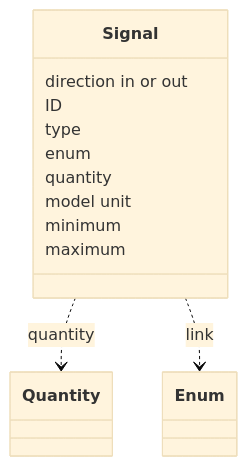
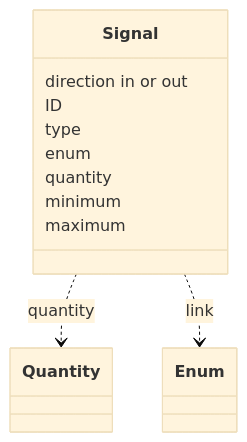
The first of 3 diagrams in metadata/04-signals.md (AlexandreGallais/synoptic-studio-spec), drawn with Mermaid (base theme) before and after one commit. The commit also changed other lines of this file and 12 other files, not shown here.

````diff
--- a/metadata/04-signals.md
+++ b/metadata/04-signals.md
@@ -36,17 +36,16 @@
 ```mermaid
 classDiagram
     class Signal {
         direction in or out
         ID
         type
         enum
         quantity
-        model unit
         minimum
         maximum
     }
     class Quantity
     class Enum
     Signal ..> Quantity : quantity
     Signal ..> Enum : link
 ```
````
